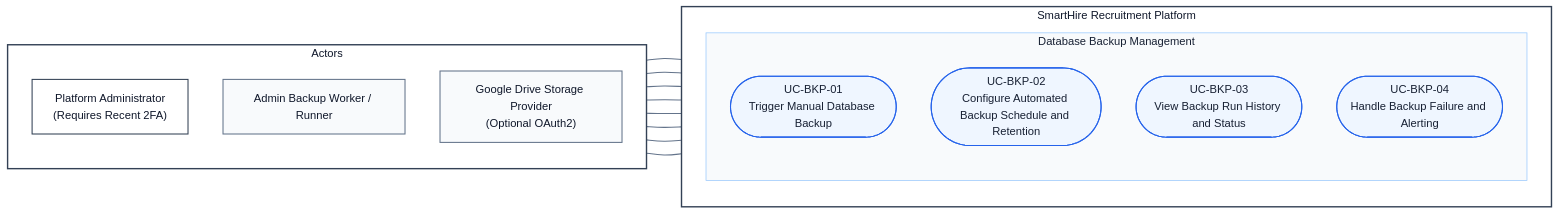
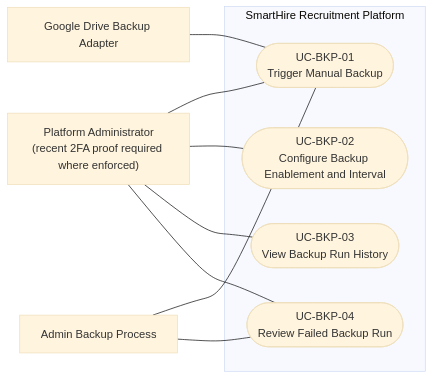
The diagram in docs/analysis-and-design/use_cases/diagrams/diagram_07.md (quocuy0112/Software-Engineering---Group-9), drawn with Mermaid (base theme) before and after one commit. The commit also changed other lines of this file and 20 other files, not shown here.

````diff
--- a/docs/analysis-and-design/use_cases/diagrams/diagram_07.md
+++ b/docs/analysis-and-design/use_cases/diagrams/diagram_07.md
@@ -16,45 +5,19 @@
 ```mermaid
 flowchart LR
-    subgraph ACTORS["Actors"]
-        direction TB
-        PlatformAdmin["Platform Administrator\n(Requires Recent 2FA)"]
-        BackupProcess["Admin Backup Worker / Runner"]
-        DriveProvider["Google Drive Storage Provider\n(Optional OAuth2)"]
-    end
-
-    subgraph SYSTEM["SmartHire Recruitment Platform"]
-        direction TB
-        subgraph BACKUP_MGMT["Database Backup Management"]
-            direction TB
-            UC_BKP_01(["UC-BKP-01<br/>Trigger Manual Database Backup"])
-            UC_BKP_02(["UC-BKP-02<br/>Configure Automated Backup Schedule and Retention"])
-            UC_BKP_03(["UC-BKP-03<br/>View Backup Run History and Status"])
-            UC_BKP_04(["UC-BKP-04<br/>Handle Backup Failure and Alerting"])
-        end
-    end
-
-    %% Actor associations
-    PlatformAdmin --- UC_BKP_01
-    PlatformAdmin --- UC_BKP_02
-    PlatformAdmin --- UC_BKP_03
-
-    BackupProcess --- UC_BKP_01
-    BackupProcess --- UC_BKP_02
-    BackupProcess --- UC_BKP_04
-
-    DriveProvider --- UC_BKP_01
-    DriveProvider --- UC_BKP_02
-
-    classDef actor fill:#ffffff,stroke:#334155,stroke-width:1.5px,color:#0f172a;
-    classDef supportingActor fill:#f8fafc,stroke:#64748b,stroke-width:1.5px,color:#0f172a;
-    classDef backupCase fill:#eff6ff,stroke:#2563eb,stroke-width:1.5px,color:#172033;
-
-    class PlatformAdmin actor;
-    class BackupProcess,DriveProvider supportingActor;
-    class UC_BKP_01,UC_BKP_02,UC_BKP_03,UC_BKP_04 backupCase;
-
-    style ACTORS fill:#ffffff,stroke:#334155,stroke-width:2px,color:#0f172a
-    style SYSTEM fill:#ffffff,stroke:#334155,stroke-width:2px,color:#0f172a
-    style BACKUP_MGMT fill:#f8fafc,stroke:#93c5fd,stroke-width:1px,color:#172033
-    linkStyle default stroke:#64748b,stroke-width:1.5px,color:#334155
+  ADMIN["Platform Administrator<br/>(recent 2FA proof required where enforced)"]
+  RUNNER["Admin Backup Process"]
+  DRIVE["Google Drive Backup Adapter"]
+  subgraph SMART["SmartHire Recruitment Platform"]
+    BKP1(["UC-BKP-01<br/>Trigger Manual Backup"])
+    BKP2(["UC-BKP-02<br/>Configure Backup Enablement and Interval"])
+    BKP3(["UC-BKP-03<br/>View Backup Run History"])
+    BKP4(["UC-BKP-04<br/>Review Failed Backup Run"])
+  end
+  ADMIN --- BKP1
+  ADMIN --- BKP2
+  ADMIN --- BKP3
+  ADMIN --- BKP4
+  RUNNER --- BKP1
+  RUNNER --- BKP4
+  DRIVE --- BKP1
 ```
````
